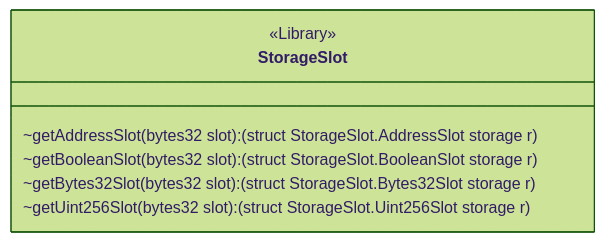
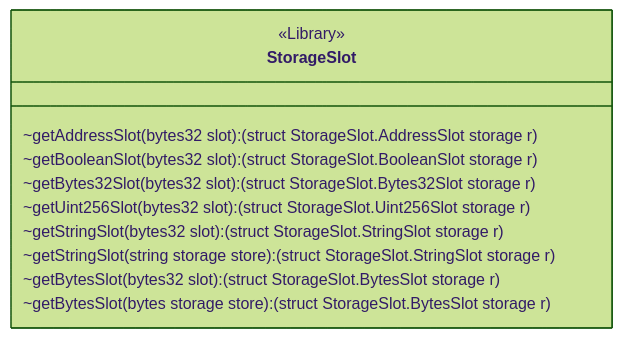
The diagram in generated/@openzeppelin/contracts/utils/StorageSlot.mmd (ernestognw/mermaid-contracts), drawn with Mermaid (forest theme) before and after one commit. The commit also changed 201 other files, not shown here.

```diff
--- a/generated/@openzeppelin/contracts/utils/StorageSlot.mmd
+++ b/generated/@openzeppelin/contracts/utils/StorageSlot.mmd
@@ -1,9 +1,13 @@
 classDiagram
-  %% 1279:1391:0
+  %% 1245:2685:0
   class StorageSlot {
     <<Library>>
     ~getAddressSlot(bytes32 slot): (struct StorageSlot.AddressSlot storage r)
     ~getBooleanSlot(bytes32 slot): (struct StorageSlot.BooleanSlot storage r)
     ~getBytes32Slot(bytes32 slot): (struct StorageSlot.Bytes32Slot storage r)
     ~getUint256Slot(bytes32 slot): (struct StorageSlot.Uint256Slot storage r)
+    ~getStringSlot(bytes32 slot): (struct StorageSlot.StringSlot storage r)
+    ~getStringSlot(string storage store): (struct StorageSlot.StringSlot storage r)
+    ~getBytesSlot(bytes32 slot): (struct StorageSlot.BytesSlot storage r)
+    ~getBytesSlot(bytes storage store): (struct StorageSlot.BytesSlot storage r)
   }
```
